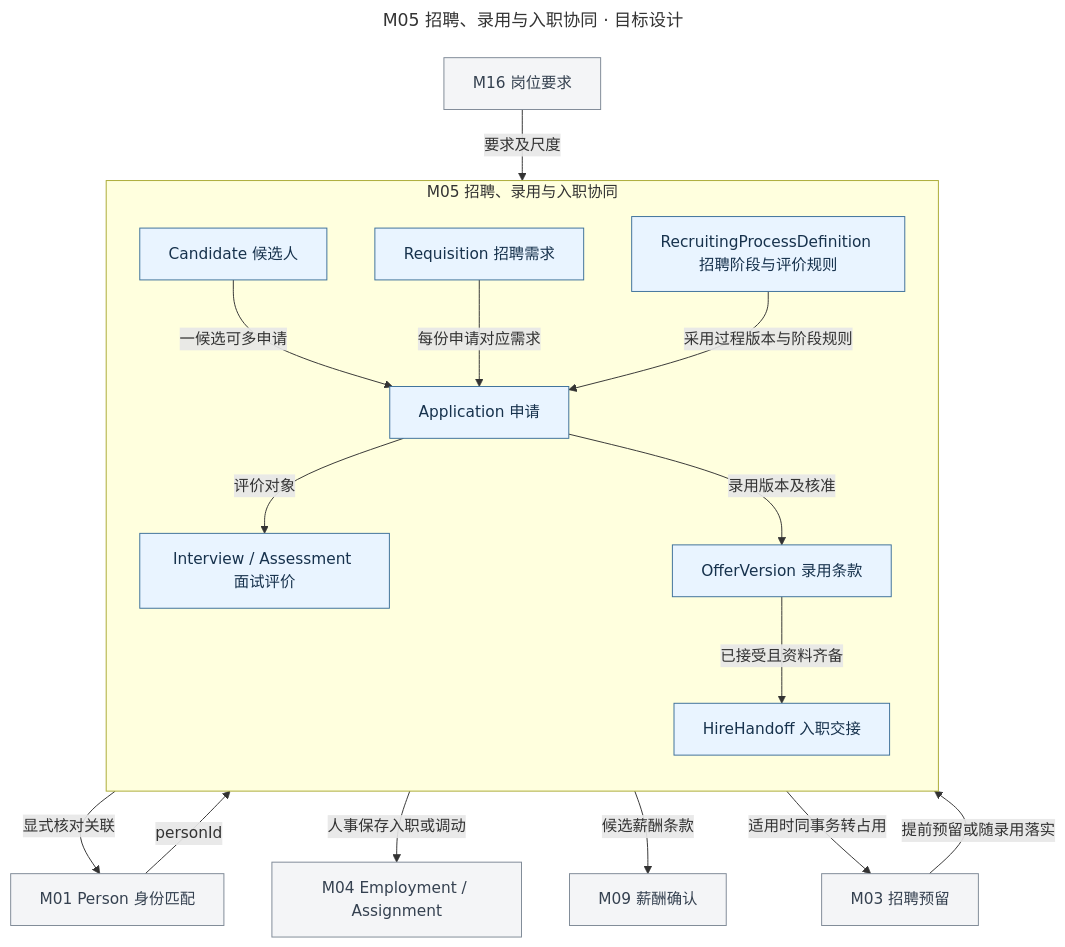
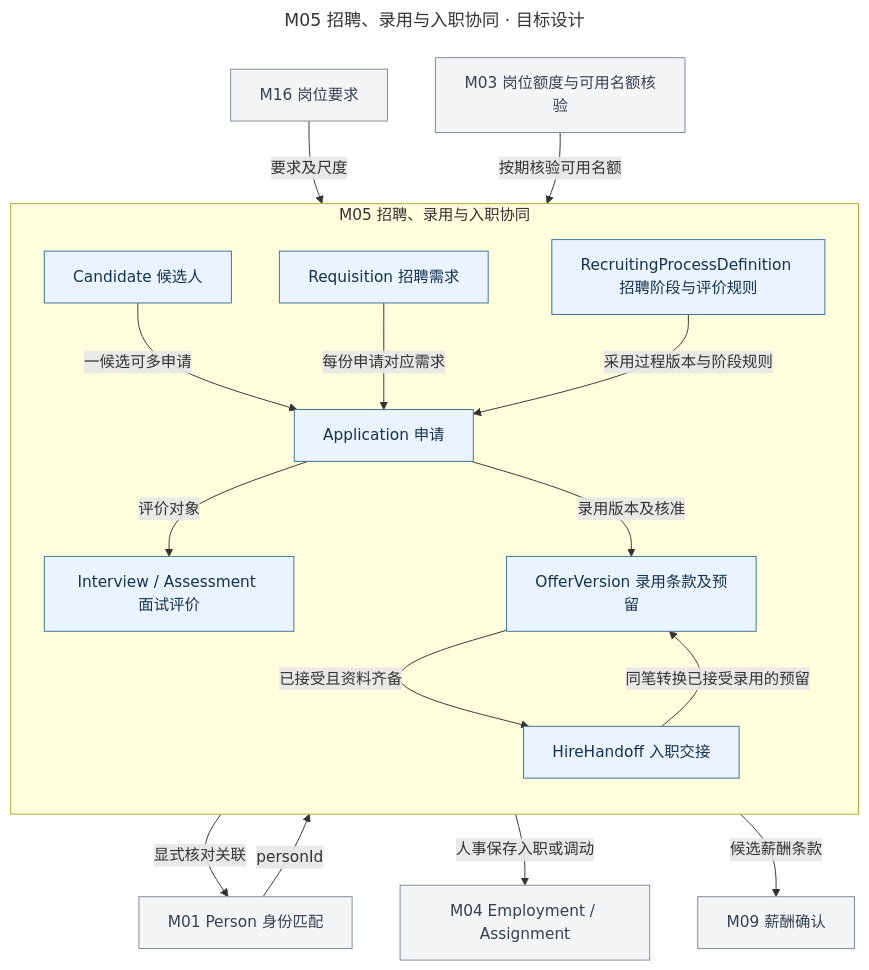
One commit to jacksonlee411/CHNHCM-P changed the diagram in docs/architecture/target/diagrams/m05.mmd. Above: the diagram before and after it, drawn with Mermaid. The commit also changed 62 other files, not shown here.

```diff
--- a/docs/architecture/target/diagrams/m05.mmd
+++ b/docs/architecture/target/diagrams/m05.mmd
@@ -1,36 +1,36 @@
 ---
 title: M05 招聘、录用与入职协同 · 目标设计
 ---
 flowchart TB
   subgraph domain["M05 招聘、录用与入职协同"]
     direction TB
     R["Requisition 招聘需求"]:::own
     C["Candidate 候选人"]:::own
     A["Application 申请"]:::own
     E["Interview / Assessment 面试评价"]:::own
-    O["OfferVersion 录用条款"]:::own
+    O["OfferVersion 录用条款及预留"]:::own
     H["HireHandoff 入职交接"]:::own
     PROC["RecruitingProcessDefinition 招聘阶段与评价规则"]:::own
   end
-  CAP["M03 招聘预留"]:::external
+  CAP["M03 岗位额度与可用名额核验"]:::external
   PER["M01 Person 身份匹配"]:::external
   STAFF["M04 Employment / Assignment"]:::external
   COMP["M09 薪酬确认"]:::external
   T["M16 岗位要求"]:::external
   C -->|一候选可多申请| A
   R -->|每份申请对应需求| A
   A -->|评价对象| E
   T -->|要求及尺度| E
   A -->|录用版本及核准| O
   O -->|已接受且资料齐备| H
   C -->|显式核对关联| PER
   PER -->|personId| H
   H -->|人事保存入职或调动| STAFF
   H -->|候选薪酬条款| COMP
   PROC -->|采用过程版本与阶段规则| A
-  CAP -->|提前预留或随录用落实| R
-  H -->|适用时同事务转占用| CAP
+  CAP -->|按期核验可用名额| O
+  H -->|同笔转换已接受录用的预留| O
   classDef own fill:#e9f4ff,stroke:#3c6f99,color:#17324d;
   classDef process fill:#fff1d9,stroke:#9e6b20,color:#51390f;
   classDef external fill:#f4f5f7,stroke:#7e8996,color:#354150;
   classDef shared fill:#e7f5ed,stroke:#478565,color:#214d34;
```
